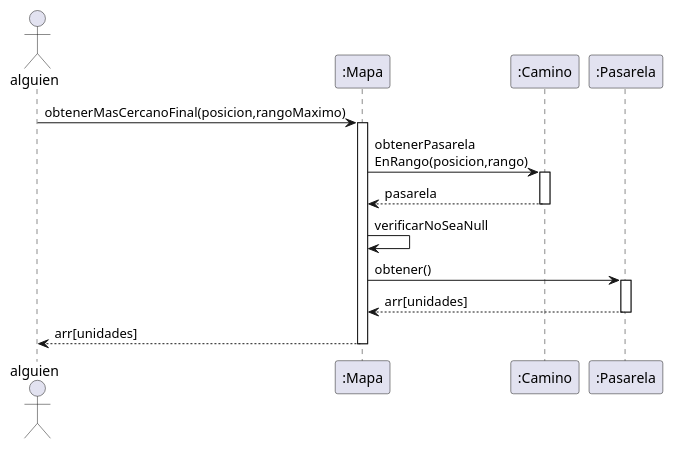
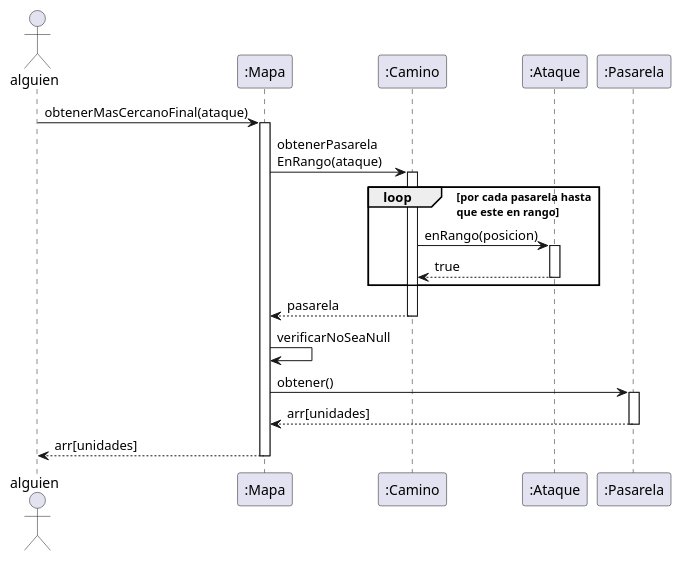
The diagram in diagrams/sequences/propuestasMarcelo/mapa/ideaObtenerCercano.puml (MarceloAgustinOrigoniGuillaume/Algo3_TP2_1C2023), drawn with PlantUML before and after one commit. The commit also changed 10 other files, not shown here.

```diff
--- a/diagrams/sequences/propuestasMarcelo/mapa/ideaObtenerCercano.puml
+++ b/diagrams/sequences/propuestasMarcelo/mapa/ideaObtenerCercano.puml
@@ -1,27 +1,39 @@
 @startuml
 
 Actor alguien as sis
 
 participant ":Mapa" as mapa
 participant ":Camino" as camino
+participant ":Ataque" as atk
 participant ":Pasarela" as pasarela
 
-sis-> mapa: obtenerMasCercanoFinal(posicion,rangoMaximo)
+sis-> mapa: obtenerMasCercanoFinal(ataque)
 activate mapa
 
-mapa->camino: obtenerPasarela\nEnRango(posicion,rango)
+mapa->camino: obtenerPasarela\nEnRango(ataque)
 activate camino
+
+loop por cada pasarela hasta \nque este en rango
+
+camino-> atk: enRango(posicion)
+activate atk
+atk--> camino: true
+deactivate atk
+
+end
+
+
 camino-->mapa: pasarela
 deactivate camino
 
 mapa-> mapa: verificarNoSeaNull
 
 mapa->pasarela: obtener()
 activate pasarela
 pasarela--> mapa: arr[unidades]
 deactivate pasarela
 
 mapa--> sis: arr[unidades]
 deactivate mapa
 
 @enduml
```
